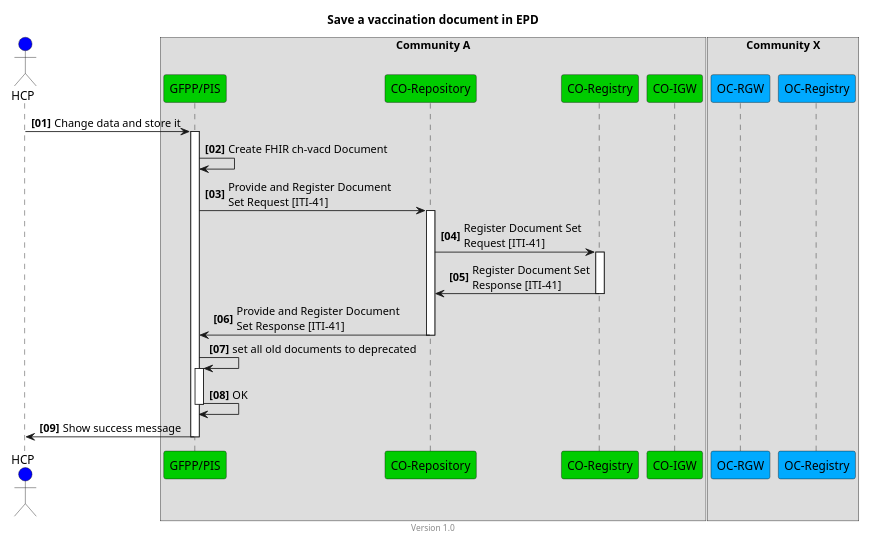
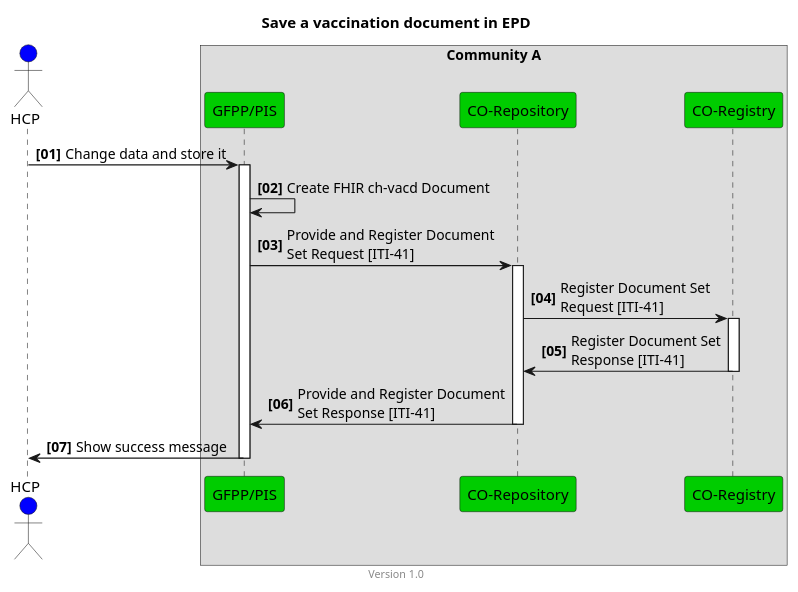
The diagram in input/images-source/epd-save-and-replace-vaccination-doc.plantuml (hl7ch/ch-vacd), drawn with PlantUML before and after one commit. The commit also changed 12 other files, not shown here.

```diff
--- a/input/images-source/epd-save-and-replace-vaccination-doc.plantuml
+++ b/input/images-source/epd-save-and-replace-vaccination-doc.plantuml
@@ -1,54 +1,54 @@
 @startuml
 title Save a vaccination document in EPD
 footer Version 1.0
 skinparam responseMessageBelowArrow true
 scale max 800 width
 
 actor HCP #blue
 box "Community A"
 participant "GFPP/PIS" #00CC00
 participant "CO-Repository" #00CC00
 participant "CO-Registry" #00CC00
-participant "CO-IGW" #00CC00
+' participant "CO-IGW" #00CC00
 end box
-box "Community X"
-participant "OC-RGW" #00aaff
-participant "OC-Registry" #00aaff
-end box
+'box "Community X"
+'participant "OC-RGW" #00aaff
+'participant "OC-Registry" #00aaff
+'end box
 
 autonumber "<b>[00]"
 HCP -> "GFPP/PIS": Change data and store it
 activate "GFPP/PIS"
 "GFPP/PIS" -> "GFPP/PIS": Create FHIR ch-vacd Document
 "GFPP/PIS" -> "CO-Repository": Provide and Register Document\nSet Request [ITI-41]
 activate "CO-Repository"
 "CO-Repository" -> "CO-Registry": Register Document Set\nRequest [ITI-41]
 activate "CO-Registry"
 "CO-Registry" -> "CO-Repository": Register Document Set\nResponse [ITI-41]
 deactivate "CO-Registry"
 "CO-Repository" -> "GFPP/PIS": Provide and Register Document\nSet Response [ITI-41]
 deactivate "CO-Repository"
 
-"GFPP/PIS" -> "GFPP/PIS": set all old documents to deprecated
-activate "GFPP/PIS"
+' "GFPP/PIS" -> "GFPP/PIS": set all old documents to deprecated
+' activate "GFPP/PIS"
 ' loop "all other communities"
 ' "GFPP/PIS" -> "CO-IGW": Restricted Metadata Update Request [ITI-92]
 ' activate "CO-IGW"
 
 ' "CO-IGW" -> "OC-RGW": Restricted Metadata Update\nRequest [ITI-92]
 ' activate "OC-RGW"
 ' "OC-RGW" -> "OC-Registry": Restricted Metadata Update\nRequest [ITI-92]
 ' activate "OC-Registry"
 ' "OC-Registry" -> "OC-RGW": Restricted Metadata Update\nResponse [ITI-92]
 ' deactivate "OC-Registry"
 ' "OC-RGW" -> "CO-IGW": Restricted Metadata Update\nResponse [ITI-92]
 ' deactivate "OC-RGW"
 ' "CO-IGW" -> "GFPP/PIS": Restricted Metadata Update Response [ITI-92]
 ' deactivate "CO-IGW"
 ' end
-"GFPP/PIS" -> "GFPP/PIS": OK
-deactivate "GFPP/PIS"
+' "GFPP/PIS" -> "GFPP/PIS": OK
+' deactivate "GFPP/PIS"
 
 "GFPP/PIS" -> HCP: Show success message
 deactivate "GFPP/PIS"
 @enduml
```
